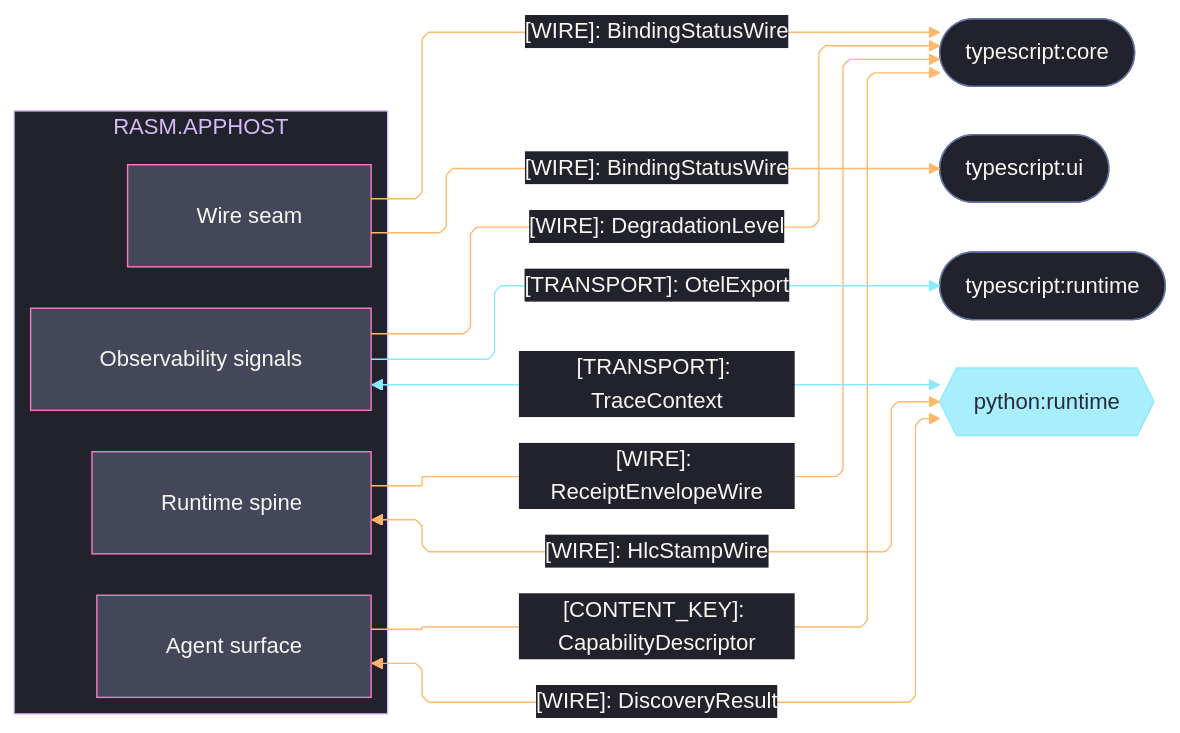
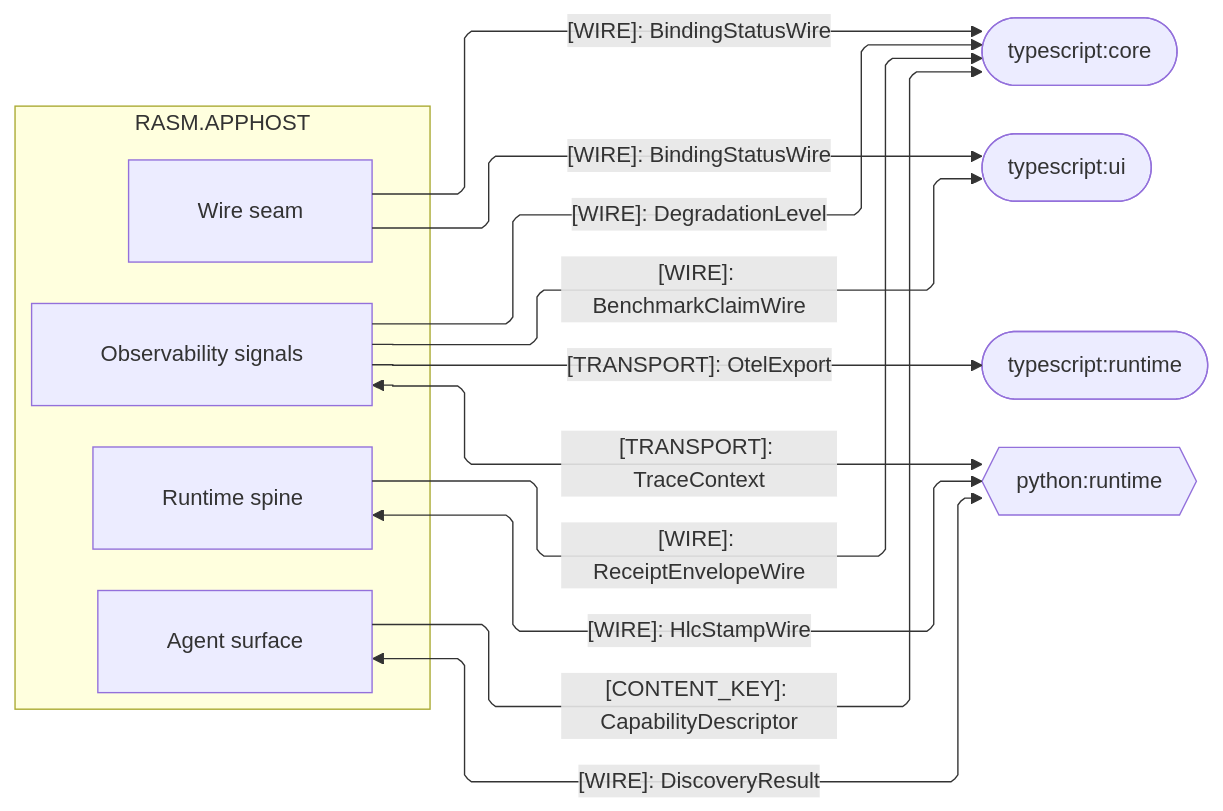
The second of 4 diagrams in libs/csharp/Rasm.AppHost/ARCHITECTURE.md (bsamiee/Rasm), drawn with Mermaid before and after one commit. The commit also changed other lines of this file and 460 other files, not shown here.

````diff
--- a/libs/csharp/Rasm.AppHost/ARCHITECTURE.md
+++ b/libs/csharp/Rasm.AppHost/ARCHITECTURE.md
@@ -136,60 +112,32 @@
 ```mermaid
 ---
 config:
-  theme: base
-  look: classic
   layout: elk
   flowchart:
     curve: linear
     padding: 25
-  themeVariables:
-    darkMode: true
-    fontFamily: "SF Mono, Menlo, Cascadia Mono, Segoe UI Mono, Consolas, monospace"
-    useGradient: false
-    dropShadow: "none"
-    background: "#282A36"
-    primaryColor: "#44475A"
-    primaryTextColor: "#F8F8F2"
-    primaryBorderColor: "#BD93F9"
-    lineColor: "#FF79C6"
-    textColor: "#F8F8F2"
-    clusterBkg: "#21222C"
-    clusterBorder: "#D6BCFA"
-    edgeLabelBackground: "#21222C"
-    labelBackgroundColor: "#21222C"
-    titleColor: "#D6BCFA"
-  themeCSS: ".nodeLabel{font-size:13px;font-weight:500}.edgeLabel{font-size:12px;font-weight:500}.cluster-label .nodeLabel{font-size:13.5px;font-weight:700;letter-spacing:.08em}.edge-thickness-normal{stroke-width:2px}.edge-thickness-thick{stroke-width:3px}.edge-pattern-dashed,.edge-pattern-dotted{stroke-width:1.5px;stroke-dasharray:4 6}.node rect,.node circle,.node polygon,.node path,.node .outer-path{stroke-width:1.5px;filter:none!important}.cluster rect{stroke-width:1px!important;stroke-dasharray:5 4!important;filter:none!important}.marker path{transform:scale(.8);transform-origin:5px 5px}.marker circle{transform:scale(.48);transform-origin:5px 5px}.edgeLabel rect{transform-box:fill-box;transform-origin:center;transform:scale(1.1,1.2)}"
 ---
 flowchart LR
     accTitle: AppHost cross-runtime wire seams
-    accDescr: AppHost sub-domain owners exchanging kinded wires, content keys, and transport with the TypeScript core, ui, and runtime packages and the Python runtime, edge rails colored by kind and nodes classed by seam direction.
+    accDescr: AppHost sub-domain owners exchanging kinded wires, content keys, and transport with the TypeScript core, ui, and runtime packages and the Python runtime, each edge labeled by its kind and each seam directed one-way or bidirectional.
     subgraph apphost[RASM.APPHOST]
         Agent[Agent surface]
         Runtime[Runtime spine]
         Wire[Wire seam]
         Observability[Observability signals]
     end
     Core([typescript:core])
     Ui([typescript:ui])
     TsRuntime([typescript:runtime])
     PyRuntime{{python:runtime}}
-    Agent e1@-->|"[CONTENT_KEY]: CapabilityDescriptor"| Core
-    Runtime e2@-->|"[WIRE]: ReceiptEnvelopeWire"| Core
-    Observability e3@-->|"[WIRE]: DegradationLevel"| Core
-    Wire e4@-->|"[WIRE]: BindingStatusWire"| Core
-    Wire e5@-->|"[WIRE]: BindingStatusWire"| Ui
-    Observability e6@-->|"[TRANSPORT]: OtelExport"| TsRuntime
-    Agent e7@<-->|"[WIRE]: DiscoveryResult"| PyRuntime
-    Observability e8@<-->|"[TRANSPORT]: TraceContext"| PyRuntime
-    Runtime e9@<-->|"[WIRE]: HlcStampWire"| PyRuntime
-    classDef primary fill:#44475A,stroke:#FF79C6,color:#F8F8F2
-    classDef external fill:#8BE9FDBF,stroke:#8BE9FD,color:#282A36
-    classDef annotation fill:#21222C,stroke:#6272A4,color:#F8F8F2
-    classDef edgeData stroke:#FFB86C,color:#F8F8F2
-    classDef edgeExternal stroke:#8BE9FD,color:#F8F8F2
-    class Agent,Runtime,Wire,Observability primary
-    class PyRuntime external
-    class Core,Ui,TsRuntime annotation
-    class e1,e2,e3,e4,e5,e7,e9 edgeData
-    class e6,e8 edgeExternal
+    Agent -->|"[CONTENT_KEY]: CapabilityDescriptor"| Core
+    Runtime -->|"[WIRE]: ReceiptEnvelopeWire"| Core
+    Observability -->|"[WIRE]: DegradationLevel"| Core
+    Wire -->|"[WIRE]: BindingStatusWire"| Core
+    Wire -->|"[WIRE]: BindingStatusWire"| Ui
+    Observability e10@-->|"[WIRE]: BenchmarkClaimWire"| Ui
+    Observability -->|"[TRANSPORT]: OtelExport"| TsRuntime
+    Agent <-->|"[WIRE]: DiscoveryResult"| PyRuntime
+    Observability <-->|"[TRANSPORT]: TraceContext"| PyRuntime
+    Runtime <-->|"[WIRE]: HlcStampWire"| PyRuntime
 ```
````
